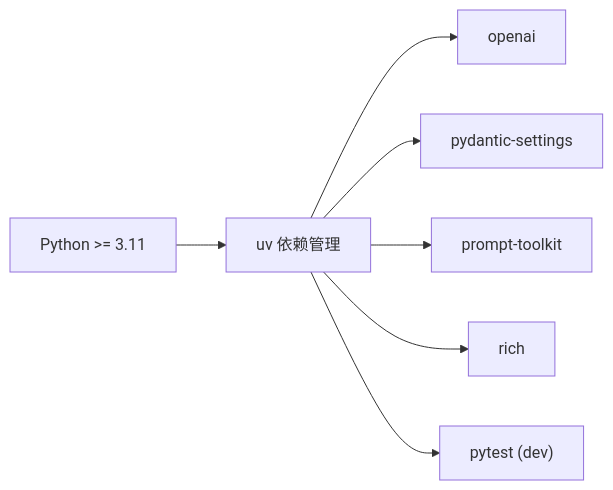
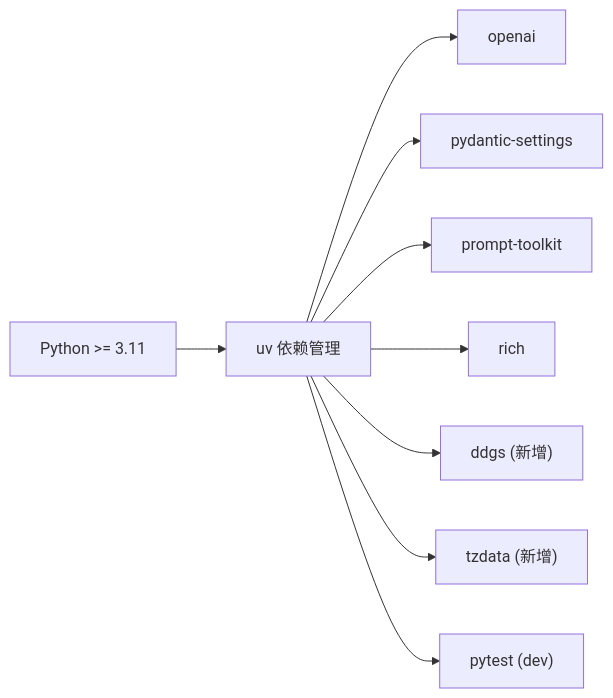
One commit to 250shiwo/MySmallAgent changed the fifth of 5 diagrams in .qoder/repowiki/zh/content/快速开始.md. Above: the diagram before and after it, drawn with Mermaid. The commit also changed other lines of this file and 34 other files, not shown here.

````diff
--- a/.qoder/repowiki/zh/content/快速开始.md
+++ b/.qoder/repowiki/zh/content/快速开始.md
@@ -265,9 +361,11 @@
 ```mermaid
 graph LR
 PY["Python >= 3.11"] --> UV["uv 依赖管理"]
 UV --> OAI["openai"]
 UV --> PSET["pydantic-settings"]
 UV --> PT["prompt-toolkit"]
 UV --> RICH["rich"]
+UV --> DDGS["ddgs (新增)"]
+UV --> TZDATA["tzdata (新增)"]
 UV --> TEST["pytest (dev)"]
 ```
````
